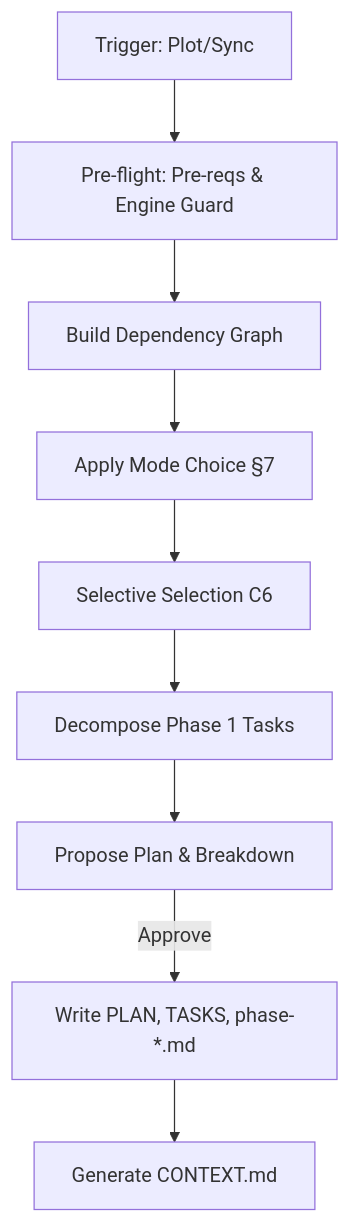
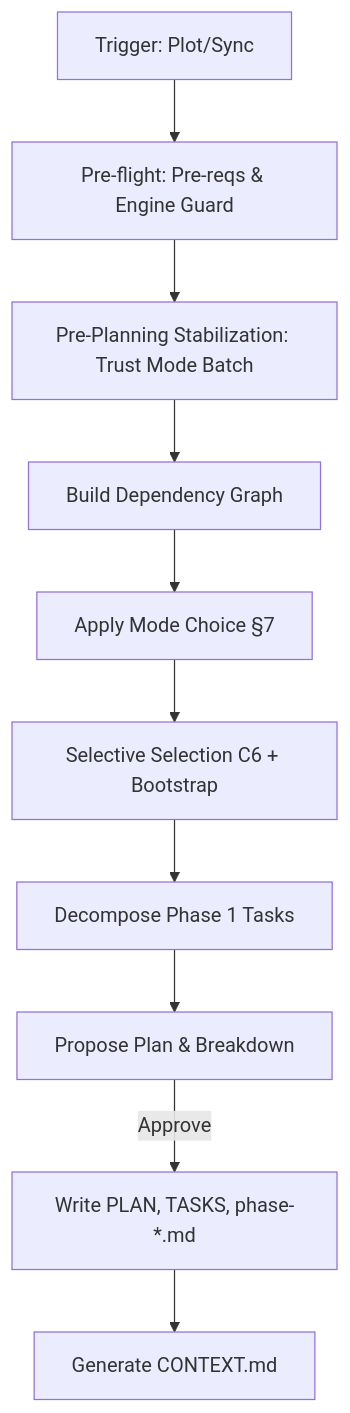
One commit to teratron/magic-spec changed the diagram in .magic/task.md. Above: the diagram before and after it, drawn with Mermaid. The commit also changed other lines of this file and 6 other files, not shown here.

First line of the commit message:
feat(engine): add Pre-Planning Stabilization, Bootstrap Mode, and Batch Stabilization across workflows

````diff
--- a/.magic/task.md
+++ b/.magic/task.md
@@ -42,11 +45,12 @@
 ```mermaid
 graph TD
     A[Trigger: Plot/Sync] --> B[Pre-flight: Pre-reqs & Engine Guard]
-    B --> C[Build Dependency Graph]
+    B --> S[Pre-Planning Stabilization: Trust Mode Batch]
+    S --> C[Build Dependency Graph]
     C --> D[Apply Mode Choice §7]
-    D --> E[Selective Selection C6]
+    D --> E[Selective Selection C6 + Bootstrap]
     E --> F[Decompose Phase 1 Tasks]
     F --> G[Propose Plan & Breakdown]
     G -->|Approve| H[Write PLAN, TASKS, phase-*.md]
     H --> I[Generate CONTEXT.md]
 ```
````
